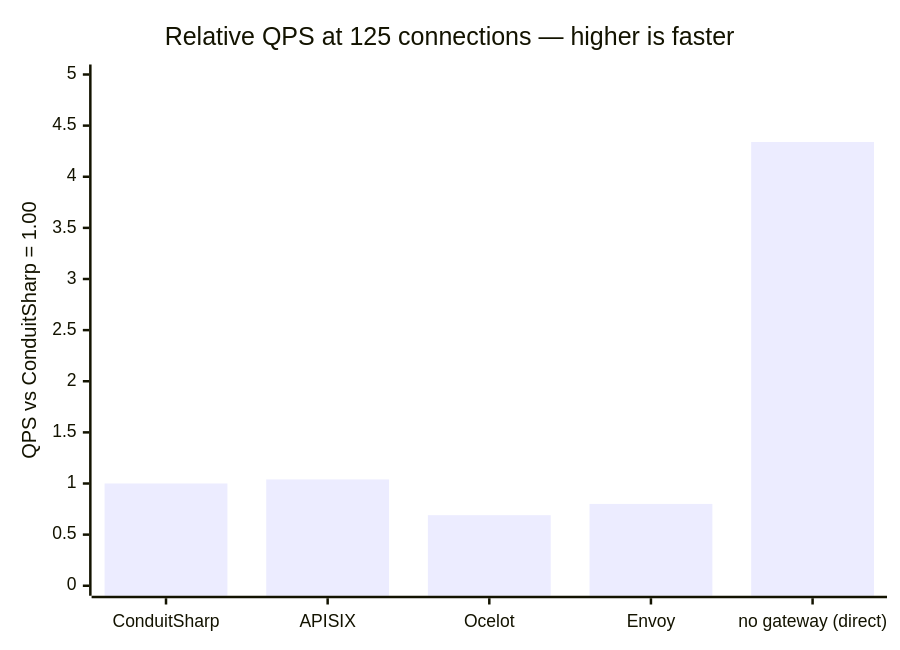
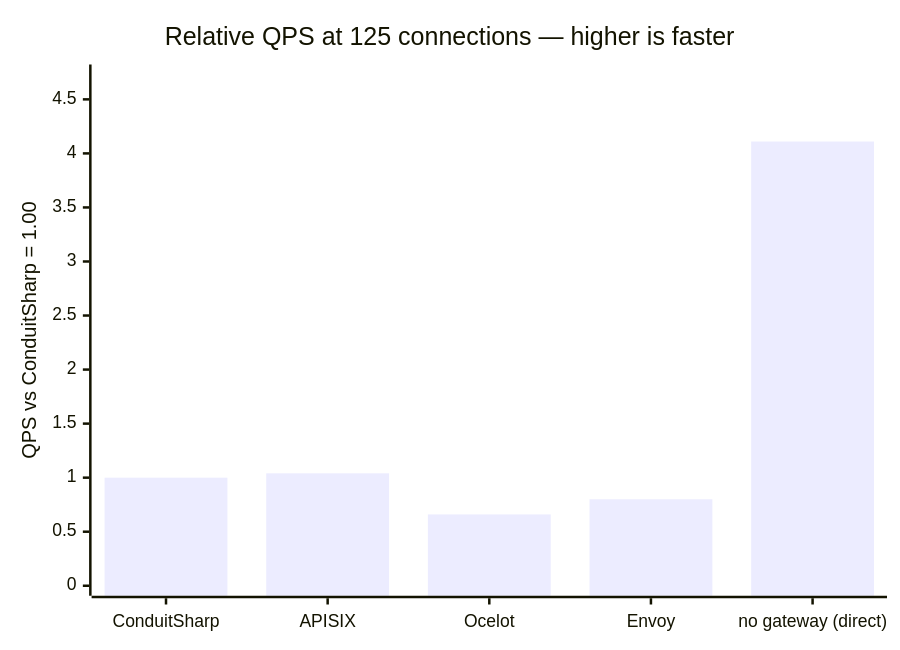
Before and after one commit to liqngliz/ConduitSharp: the second of 9 diagrams in README.md, drawn with Mermaid. The commit also changed other lines of this file and 1 other file, not shown here.

````diff
--- a/README.md
+++ b/README.md
@@ -385,7 +385,7 @@
 ```mermaid
 xychart-beta
     title "Relative QPS at 125 connections — higher is faster"
     x-axis ["ConduitSharp", "APISIX", "Ocelot", "Envoy", "no gateway (direct)"]
-    y-axis "QPS vs ConduitSharp = 1.00" 0 --> 5.00
-    bar [1.00, 1.04, 0.69, 0.80, 4.34]
+    y-axis "QPS vs ConduitSharp = 1.00" 0 --> 4.73
+    bar [1.00, 1.04, 0.66, 0.80, 4.11]
 ```
````
